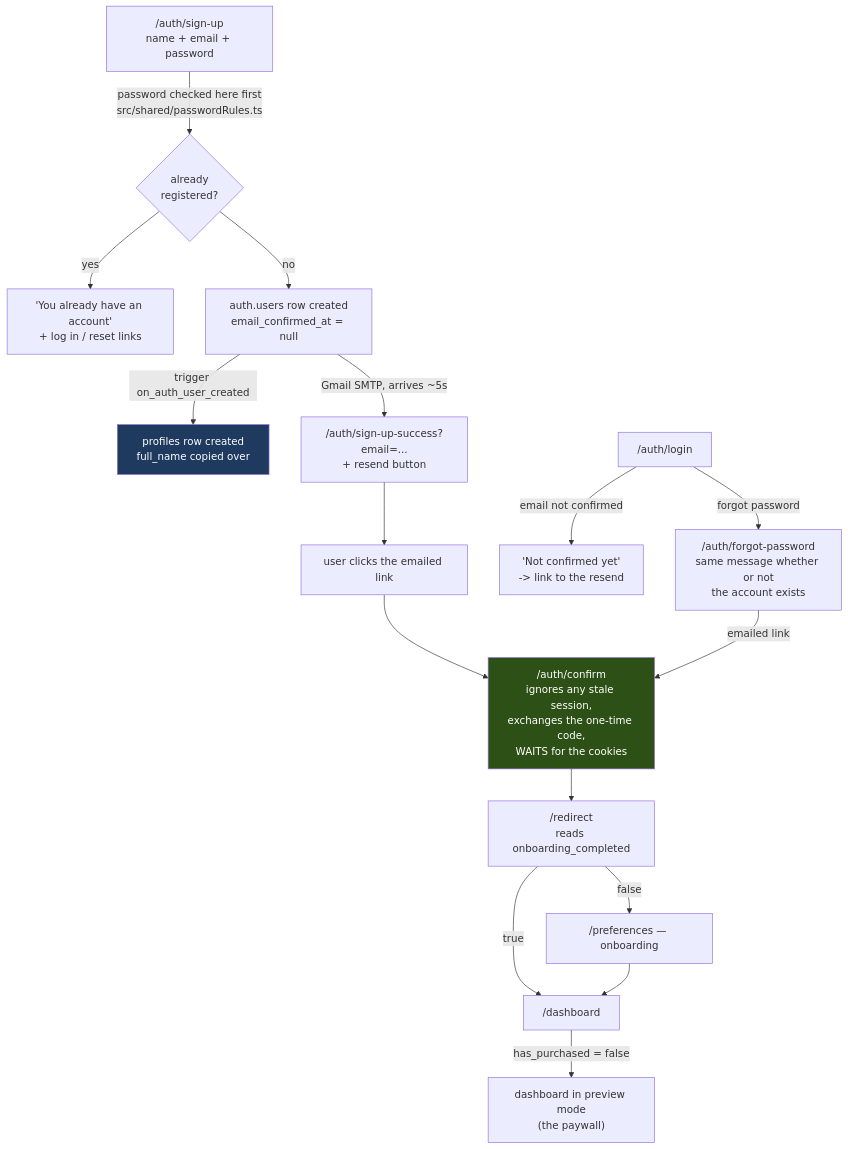
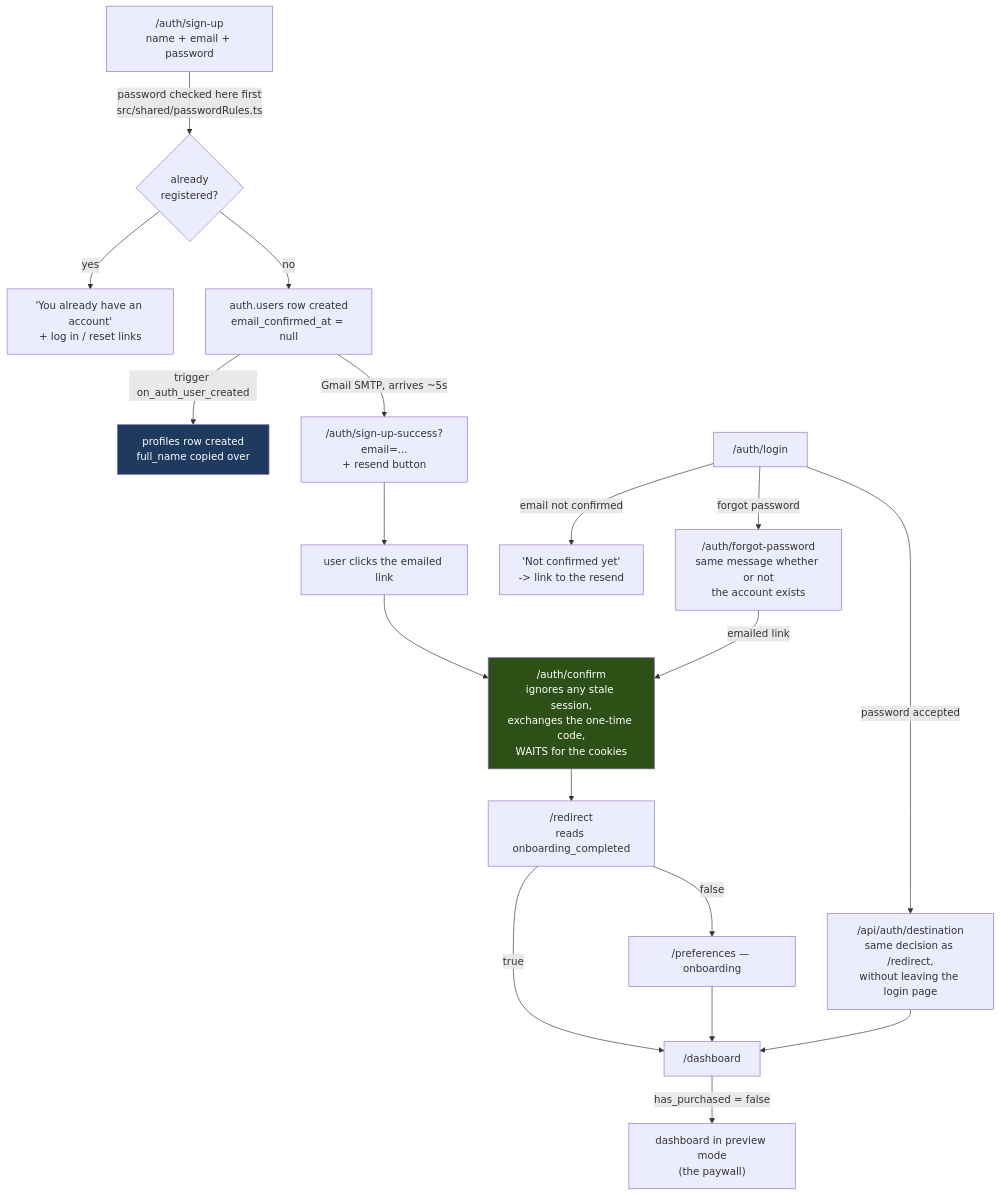
Before and after one commit to reachjvc/Daygame_coach: the second of 2 diagrams in docs/architecture/auth-entities.md, drawn with Mermaid. The commit also changed other lines of this file and 123 other files, not shown here.

````diff
--- a/docs/architecture/auth-entities.md
+++ b/docs/architecture/auth-entities.md
@@ -92,22 +92,24 @@
 ```mermaid
 flowchart TD
     A["/auth/sign-up<br/>name + email + password"] -->|"password checked here first<br/>src/shared/passwordRules.ts"| B{"already<br/>registered?"}
     B -->|yes| B2["'You already have an account'<br/>+ log in / reset links"]
     B -->|no| C["auth.users row created<br/>email_confirmed_at = null"]
     C -->|"trigger on_auth_user_created"| D["profiles row created<br/>full_name copied over"]
     C -->|"Gmail SMTP, arrives ~5s"| E["/auth/sign-up-success?email=...<br/>+ resend button"]
     E --> F["user clicks the emailed link"]
     F --> G["/auth/confirm<br/>ignores any stale session,<br/>exchanges the one-time code,<br/>WAITS for the cookies"]
     G --> H["/redirect<br/>reads onboarding_completed"]
     H -->|false| I["/preferences — onboarding"]
     H -->|true| J["/dashboard"]
     I --> J
     J -->|"has_purchased = false"| K["dashboard in preview mode<br/>(the paywall)"]
 
     L["/auth/login"] -->|"email not confirmed"| M["'Not confirmed yet'<br/>-> link to the resend"]
     L -->|"forgot password"| N["/auth/forgot-password<br/>same message whether or not<br/>the account exists"]
     N -->|"emailed link"| G
+    L -->|"password accepted"| P["/api/auth/destination<br/>same decision as /redirect,<br/>without leaving the login page"]
+    P --> J
 
     style G fill:#2d5016,color:#fff
     style D fill:#1e3a5f,color:#fff
 ```
````
